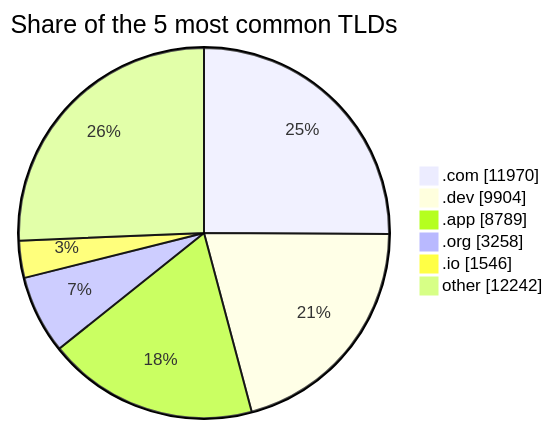
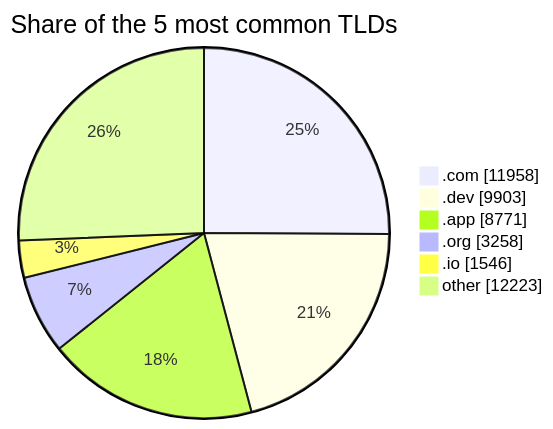
One commit to DNSBunker/CTI changed the third of 3 diagrams in README.md. Above: the diagram before and after it, drawn with Mermaid. The commit also changed other lines of this file and 3 other files, not shown here.

````diff
--- a/README.md
+++ b/README.md
@@ -81,9 +81,9 @@
 ```mermaid
 pie showData title Share of the 5 most common TLDs
-    ".com" : 11970
-    ".dev" : 9904
-    ".app" : 8789
+    ".com" : 11958
+    ".dev" : 9903
+    ".app" : 8771
     ".org" : 3258
     ".io" : 1546
-    "other" : 12242
+    "other" : 12223
 ```
````
